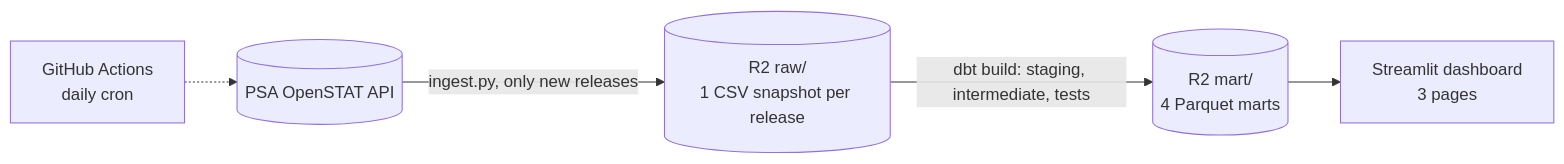
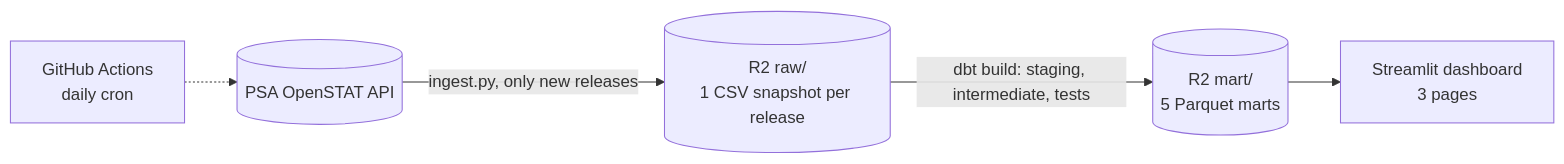
Before and after one commit to crylz-z/Agri-Price-Intelligence-Platform: the diagram in README.md, drawn with Mermaid. The commit also changed other lines of this file and 32 other files, not shown here.

````diff
--- a/README.md
+++ b/README.md
@@ -7,7 +7,7 @@
 ```mermaid
 graph LR
     PSA[("PSA OpenSTAT API")] -->|ingest.py, only new releases| RAW[("R2 raw/<br/>1 CSV snapshot per release")]
-    RAW -->|dbt build: staging, intermediate, tests| MART[("R2 mart/<br/>4 Parquet marts")]
+    RAW -->|dbt build: staging, intermediate, tests| MART[("R2 mart/<br/>5 Parquet marts")]
     MART --> UI["Streamlit dashboard<br/>3 pages"]
     CRON["GitHub Actions<br/>daily cron"] -.-> PSA
 ```
````
